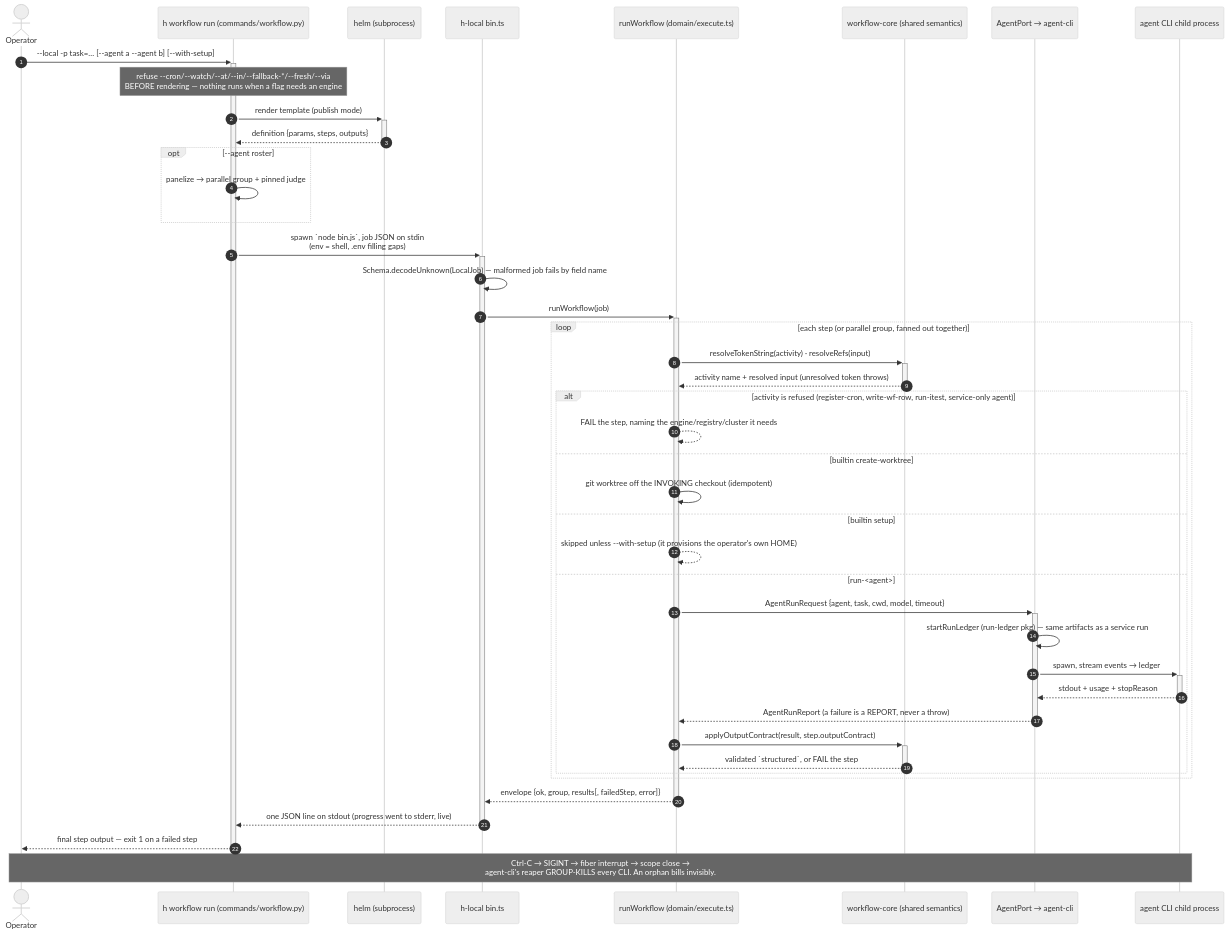
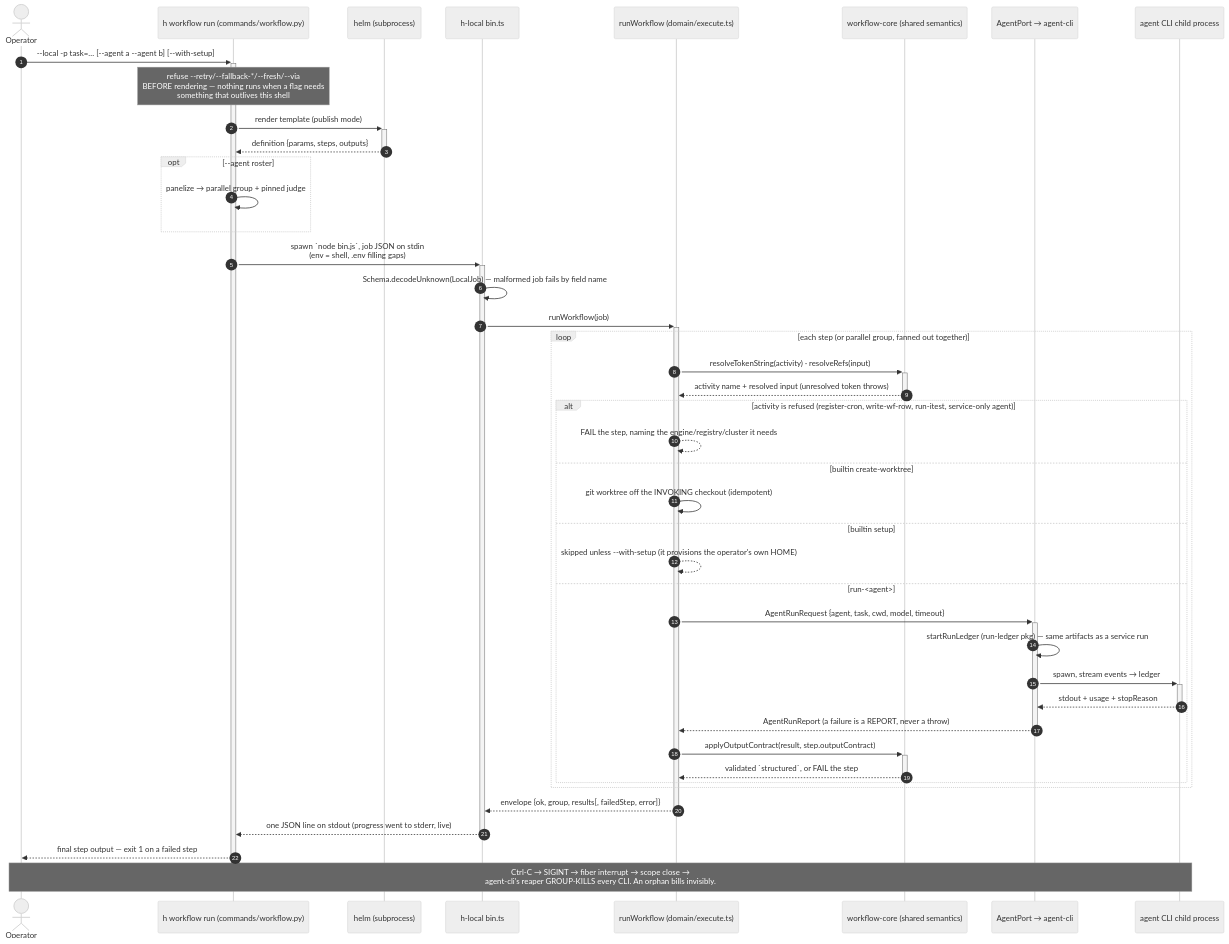
One commit to stiproot/h changed the diagram in docs/diagrams/local-run-sequence.md. Above: the diagram before and after it, drawn with Mermaid (neutral theme). The commit also changed 8 other files, not shown here.

````diff
--- a/docs/diagrams/local-run-sequence.md
+++ b/docs/diagrams/local-run-sequence.md
@@ -14,51 +14,53 @@
 ```mermaid
 sequenceDiagram
   autonumber
   actor Op as Operator
   participant Cmd as h workflow run (commands/workflow.py)
   participant Helm as helm (subprocess)
   participant Runner as h-local bin.ts
   participant Exec as runWorkflow (domain/execute.ts)
   participant Core as workflow-core (shared semantics)
   participant Agent as AgentPort → agent-cli
   participant CLI as agent CLI child process
 
   Op->>+Cmd: --local -p task=… [--agent a --agent b] [--with-setup]
-  Note over Cmd: refuse --cron/--watch/--at/--in/--fallback-*/--fresh/--via<br/>BEFORE rendering — nothing runs when a flag needs an engine
+  %% local-refusals:begin
+  Note over Cmd: refuse --retry/--fallback-*/--fresh/--via<br/>BEFORE rendering — nothing runs when a flag needs<br/>something that outlives this shell
+  %% local-refusals:end
 
   Cmd->>+Helm: render template (publish mode)
   Helm-->>-Cmd: definition {params, steps, outputs}
   opt --agent roster
     Cmd->>Cmd: panelize → parallel group + pinned judge
   end
 
   Cmd->>+Runner: spawn `node bin.js`, job JSON on stdin<br/>(env = shell, .env filling gaps)
   Runner->>Runner: Schema.decodeUnknown(LocalJob) — malformed job fails by field name
   Runner->>+Exec: runWorkflow(job)
 
   loop each step (or parallel group, fanned out together)
     Exec->>+Core: resolveTokenString(activity) · resolveRefs(input)
     Core-->>-Exec: activity name + resolved input (unresolved token throws)
     alt activity is refused (register-cron, write-wf-row, run-itest, service-only agent)
       Exec-->>Exec: FAIL the step, naming the engine/registry/cluster it needs
     else builtin create-worktree
       Exec->>Exec: git worktree off the INVOKING checkout (idempotent)
     else builtin setup
       Exec-->>Exec: skipped unless --with-setup (it provisions the operator's own HOME)
     else run-<agent>
       Exec->>+Agent: AgentRunRequest {agent, task, cwd, model, timeout}
       Agent->>Agent: startRunLedger (run-ledger pkg) — same artifacts as a service run
       Agent->>+CLI: spawn, stream events → ledger
       CLI-->>-Agent: stdout + usage + stopReason
       Agent-->>-Exec: AgentRunReport (a failure is a REPORT, never a throw)
       Exec->>+Core: applyOutputContract(result, step.outputContract)
       Core-->>-Exec: validated `structured`, or FAIL the step
     end
   end
 
   Exec-->>-Runner: envelope {ok, group, results[, failedStep, error]}
   Runner-->>-Cmd: one JSON line on stdout (progress went to stderr, live)
   Cmd-->>-Op: final step output — exit 1 on a failed step
 
   Note over Op,CLI: Ctrl-C → SIGINT → fiber interrupt → scope close →<br/>agent-cli's reaper GROUP-KILLS every CLI. An orphan bills invisibly.
 ```
````
